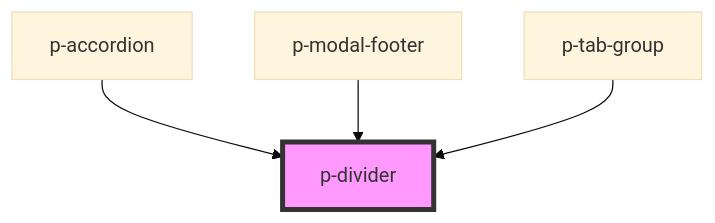
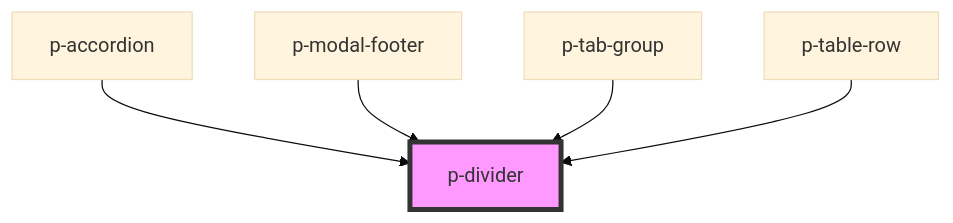
Before and after one commit to Employes/paperless: the diagram in packages/core/src/components/atoms/divider/readme.md, drawn with Mermaid (base theme). The commit also changed other lines of this file and 22 other files, not shown here.

````diff
--- a/packages/core/src/components/atoms/divider/readme.md
+++ b/packages/core/src/components/atoms/divider/readme.md
@@ -25,7 +26,8 @@
 ```mermaid
 graph TD;
   p-accordion --> p-divider
   p-modal-footer --> p-divider
   p-tab-group --> p-divider
+  p-table-row --> p-divider
   style p-divider fill:#f9f,stroke:#333,stroke-width:4px
 ```
````
